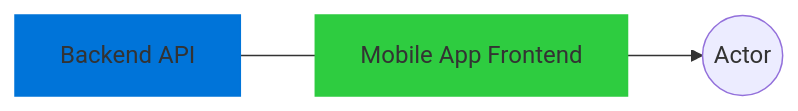
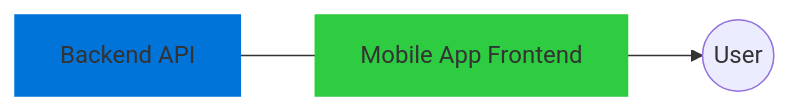
Before and after one commit to csse6400-applyable/.github: the diagram in profile/README.md, drawn with Mermaid.

````diff
--- a/profile/README.md
+++ b/profile/README.md
@@ -6,8 +6,8 @@
 ```mermaid
 graph LR
     A[Backend API] --- B[Mobile App Frontend]
-    B --> C((Actor))
+    B --> C((User))
     
     style A fill:#0074D9, stroke:#0074D9
     style B fill:#2ECC40, stroke:#2ECC40
 ```
````
